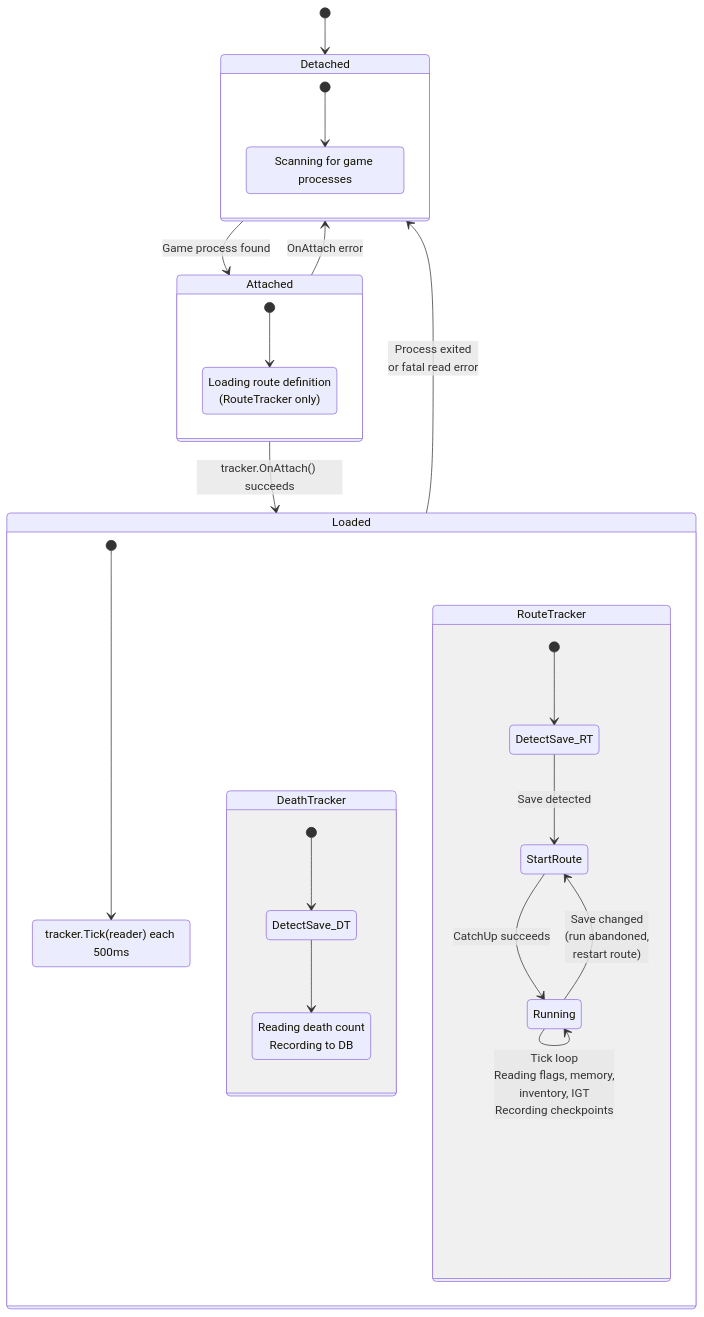
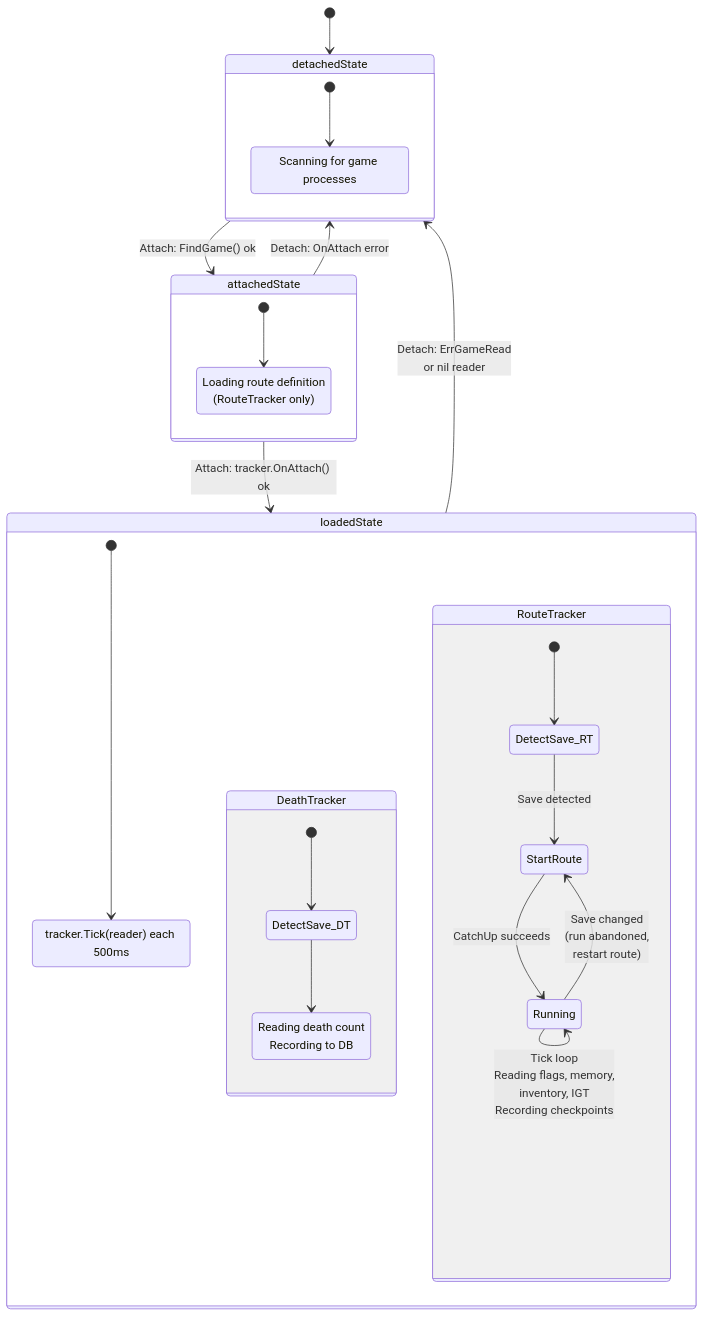
One commit to rjansen/deathcounter changed the diagram in README.md. Above: the diagram before and after it, drawn with Mermaid. The commit also changed other lines of this file and 1 other file, not shown here.

````diff
--- a/README.md
+++ b/README.md
@@ -225,39 +225,39 @@
 ```mermaid
 stateDiagram-v2
-    [*] --> Detached
+    [*] --> detachedState
 
-    Detached --> Attached : Game process found
-    Attached --> Loaded : tracker.OnAttach() succeeds
+    detachedState --> attachedState : Attach: FindGame() ok
+    attachedState --> loadedState : Attach: tracker.OnAttach() ok
 
-    Attached --> Detached : OnAttach error
-    Loaded --> Detached : Process exited<br/>or fatal read error
+    attachedState --> detachedState : Detach: OnAttach error
+    loadedState --> detachedState : Detach: ErrGameRead<br/>or nil reader
 
-    state Detached {
+    state detachedState {
         [*] --> WaitingForGame
         WaitingForGame : Scanning for game processes
     }
 
-    state Attached {
+    state attachedState {
         [*] --> InitTracker
         InitTracker : Loading route definition<br/>(RouteTracker only)
     }
 
-    state Loaded {
+    state loadedState {
         [*] --> Ticking
         Ticking : tracker.Tick(reader) each 500ms
 
         state DeathTracker {
             [*] --> DetectSave_DT
             DetectSave_DT --> ReadDeaths
             ReadDeaths : Reading death count<br/>Recording to DB
         }
 
         state RouteTracker {
             [*] --> DetectSave_RT
             DetectSave_RT --> StartRoute : Save detected
             StartRoute --> Running : CatchUp succeeds
             Running --> Running : Tick loop<br/>Reading flags, memory,<br/>inventory, IGT<br/>Recording checkpoints
             Running --> StartRoute : Save changed<br/>(run abandoned,<br/>restart route)
         }
     }
 ```
````
